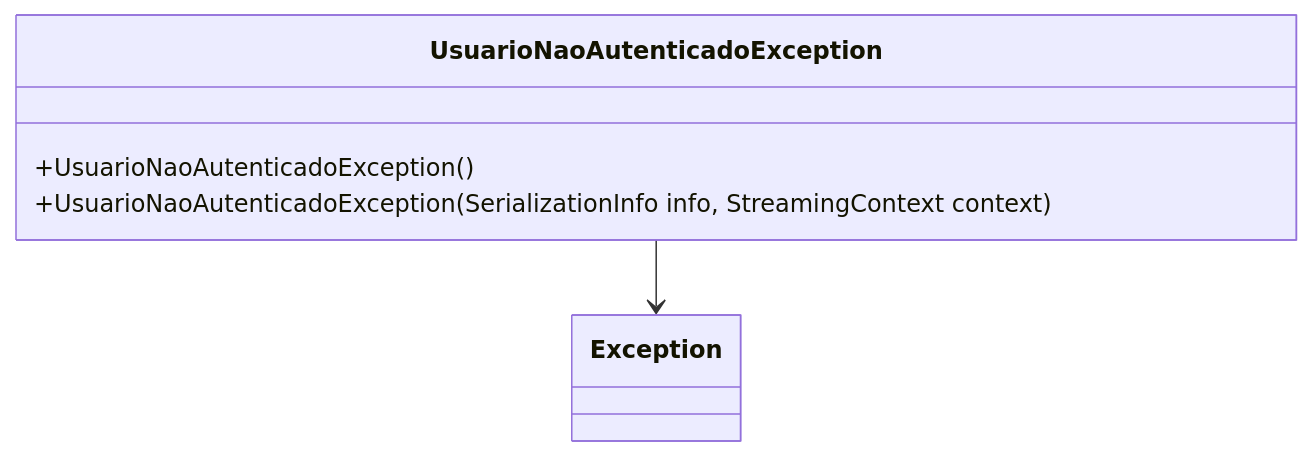
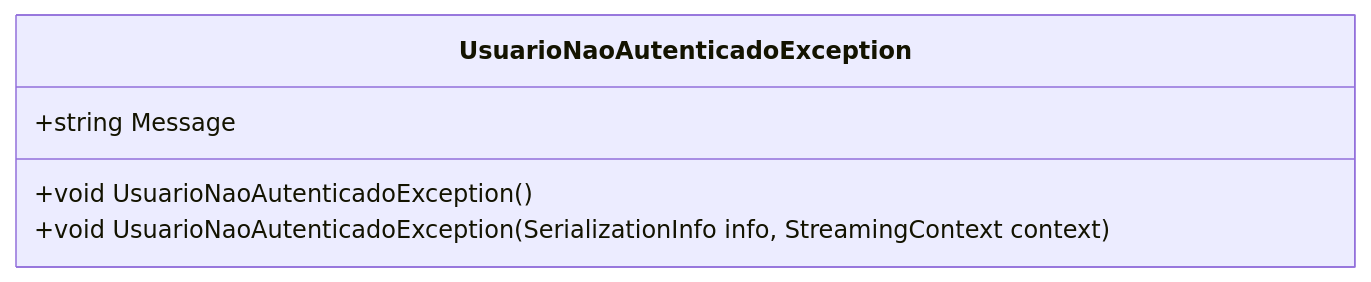
The diagram in docs/b2b-dominio/IsthmusWinthor.Nucleo/IsthmusWinthor.Dominio/Exceptions/UsuarioNaoAutenticadoException.md (IsthmusSistemas/documentacao-tecnica), drawn with Mermaid before and after one commit. The commit also changed other lines of this file and 882 other files, not shown here.

````diff
--- a/docs/b2b-dominio/IsthmusWinthor.Nucleo/IsthmusWinthor.Dominio/Exceptions/UsuarioNaoAutenticadoException.md
+++ b/docs/b2b-dominio/IsthmusWinthor.Nucleo/IsthmusWinthor.Dominio/Exceptions/UsuarioNaoAutenticadoException.md
@@ -33,8 +29,8 @@
 ```mermaid
 classDiagram
     class UsuarioNaoAutenticadoException {
-        +UsuarioNaoAutenticadoException()
-        +UsuarioNaoAutenticadoException(SerializationInfo info, StreamingContext context)
+        +string Message
+        +void UsuarioNaoAutenticadoException()
+        +void UsuarioNaoAutenticadoException(SerializationInfo info, StreamingContext context)
     }
-    UsuarioNaoAutenticadoException --> Exception
 ```
````
